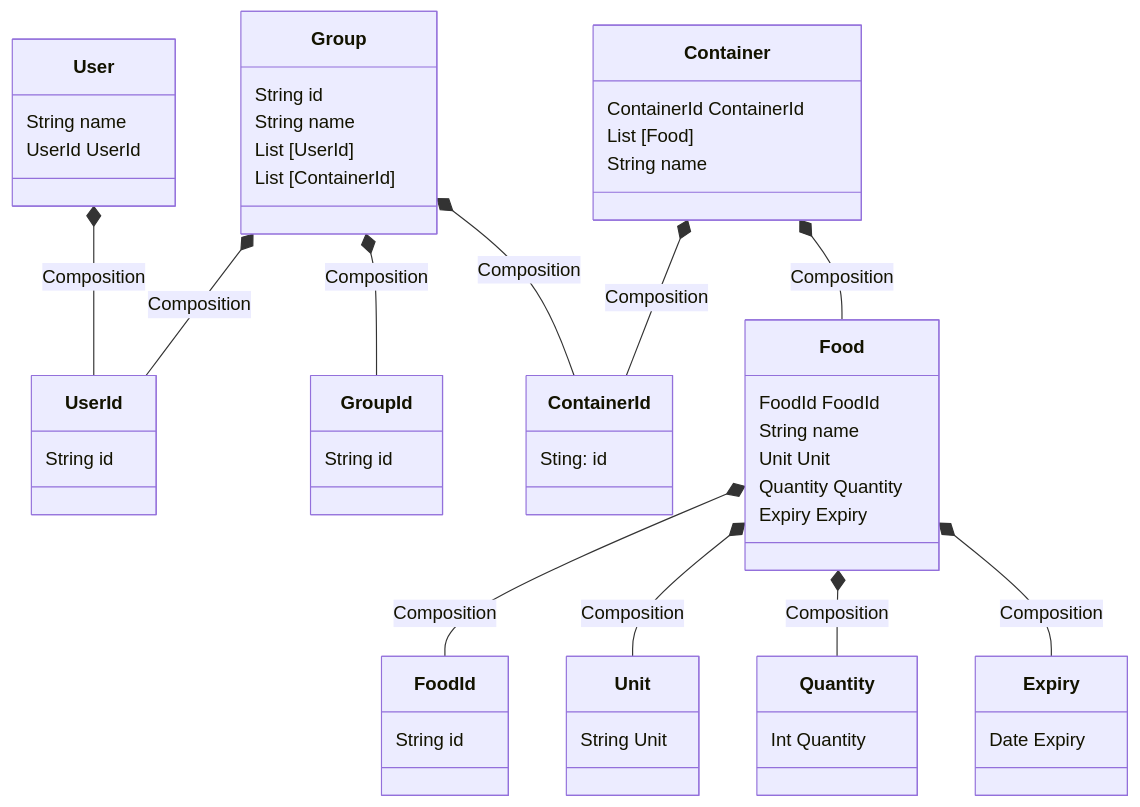
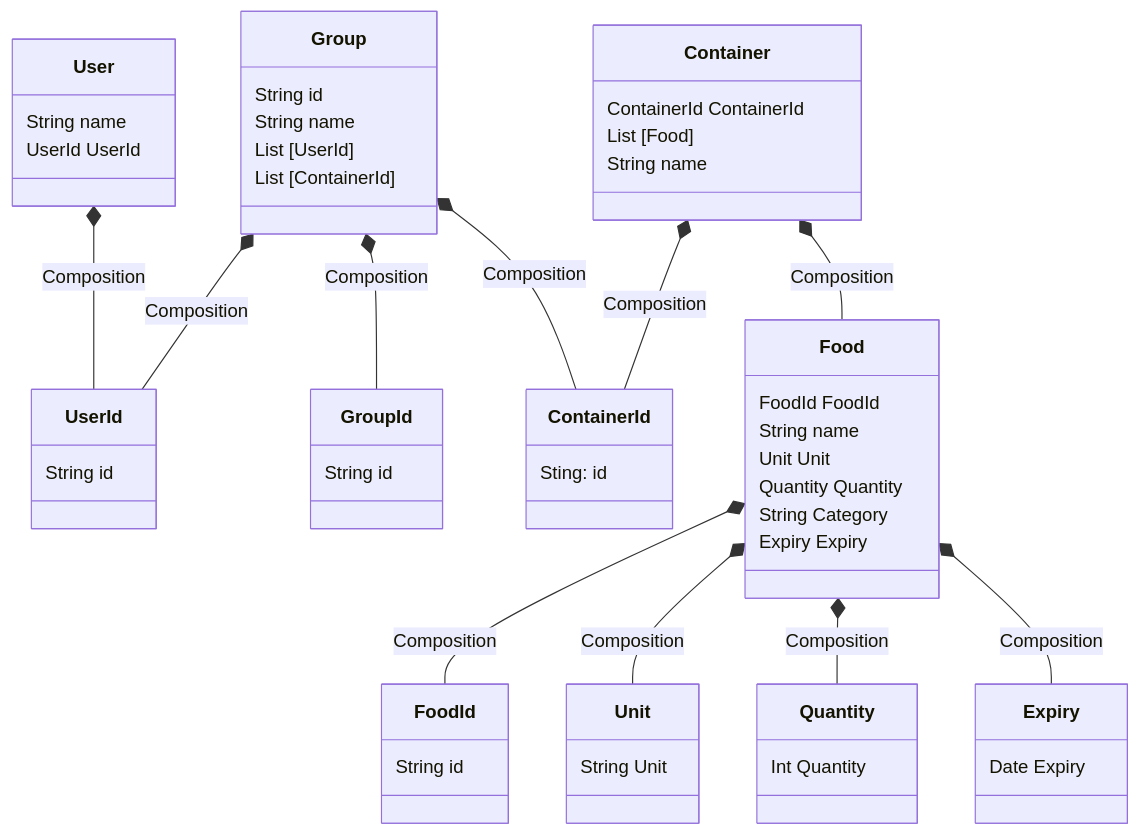
The second of 2 diagrams in project-document/docs/domain-model/domain-model.md (nishiki-tech/nishiki-documents), drawn with Mermaid before and after one commit. The commit also changed 1 other file, not shown here.

Commit message:
docs: update diagrams adding category

````diff
--- a/project-document/docs/domain-model/domain-model.md
+++ b/project-document/docs/domain-model/domain-model.md
@@ -25,73 +25,74 @@
 ```mermaid
 classDiagram
 
     class UserId {
         String id
     }
 
     class User {
         String name
         UserId UserId
     }
 
 
     class GroupId {
         String id
     }
 
     class Group {
         String id
         String name
         List [UserId]
         List [ContainerId]
     }
 
     class Container {
         ContainerId ContainerId
         List [Food]
         String name
     }
 
     class ContainerId {
         Sting: id
     }
 
     class Food {
         FoodId FoodId
         String name
         Unit Unit
         Quantity Quantity
+        String Category
         Expiry Expiry
     }
 
     class FoodId {
         String id
     }
 
     class Unit {
         String Unit
     }
 
     class Quantity {
         Int Quantity
     }
 
     class Expiry {
         Date Expiry
     }
 
     User *-- UserId : Composition
 
     Group *-- GroupId : Composition
     Group *-- ContainerId : Composition
     Group *-- UserId : Composition
 
     Container *-- ContainerId : Composition
     Container *-- Food : Composition
 
     Food *-- FoodId : Composition
     Food *-- Unit : Composition
     Food *-- Quantity : Composition
     Food *-- Expiry : Composition
 
 ```
````
